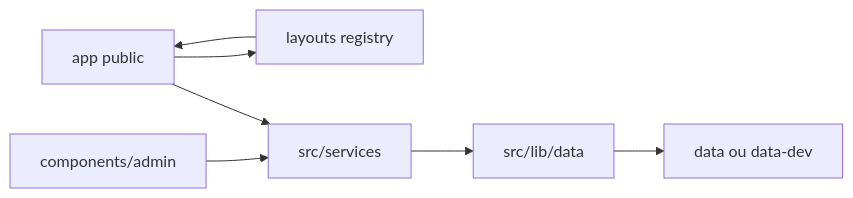
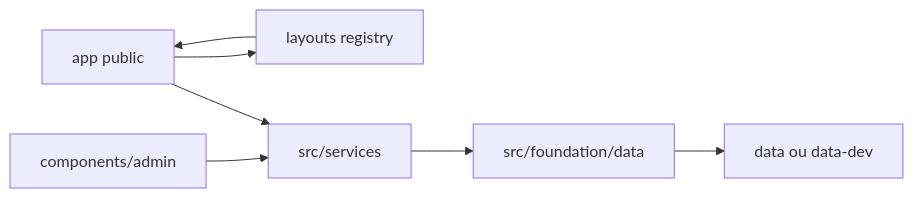
The first of 3 diagrams in docs/features/reorganize-files/README.md (joaop06/vina), drawn with Mermaid before and after one commit. The commit also changed other lines of this file and 216 other files, not shown here.

````diff
--- a/docs/features/reorganize-files/README.md
+++ b/docs/features/reorganize-files/README.md
@@ -274,15 +274,15 @@
 ```mermaid
 flowchart LR
   adminUI[components/admin]
   publicRoutes[app public]
   layouts[layouts registry]
   services[src/services]
-  adapters[src/lib/data]
+  adapters[src/foundation/data]
   storeData[data ou data-dev]
   adminUI --> services
   publicRoutes --> services
   publicRoutes --> layouts
   layouts --> publicRoutes
   services --> adapters
   adapters --> storeData
 ```
````
